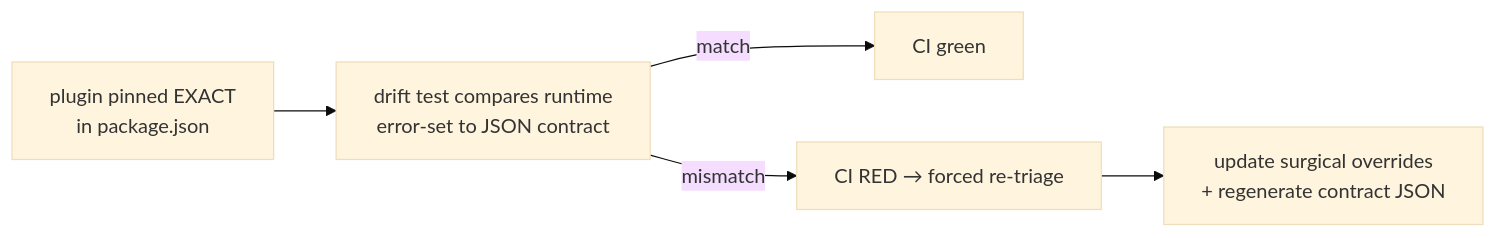
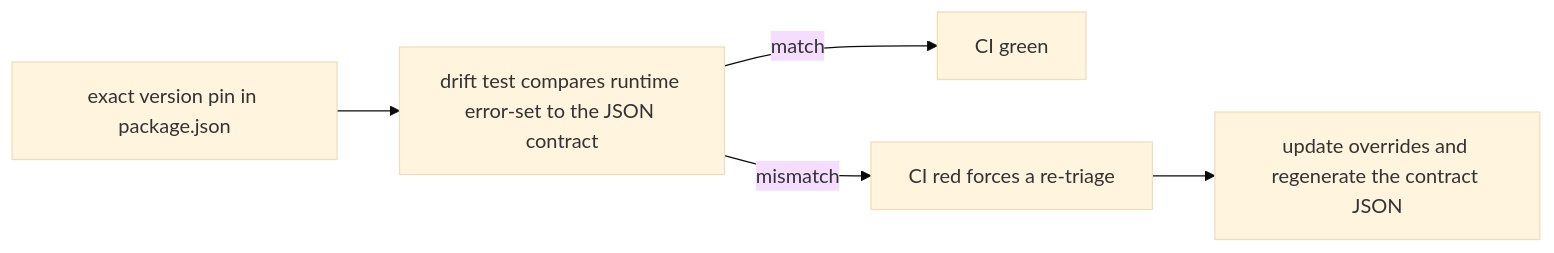
The second of 2 diagrams in docs/severity-policy.md (Disble/dlinter-ts-react), drawn with Mermaid (base theme) before and after one commit. The commit also changed other lines of this file and 2 other files, not shown here.

First line of the commit message:
docs: use conservative mermaid syntax so diagrams render

````diff
--- a/docs/severity-policy.md
+++ b/docs/severity-policy.md
@@ -67,7 +69,7 @@
 ```mermaid
 flowchart LR
-    P["plugin pinned EXACT<br/>in package.json"] --> D["drift test compares runtime<br/>error-set to JSON contract"]
+    P["exact version pin in package.json"] --> D["drift test compares runtime error-set to the JSON contract"]
     D -->|match| CI["CI green"]
-    D -->|mismatch| F["CI RED → forced re-triage"]
-    F --> RT["update surgical overrides<br/>+ regenerate contract JSON"]
+    D -->|mismatch| F["CI red forces a re-triage"]
+    F --> RT["update overrides and regenerate the contract JSON"]
 ```
````
